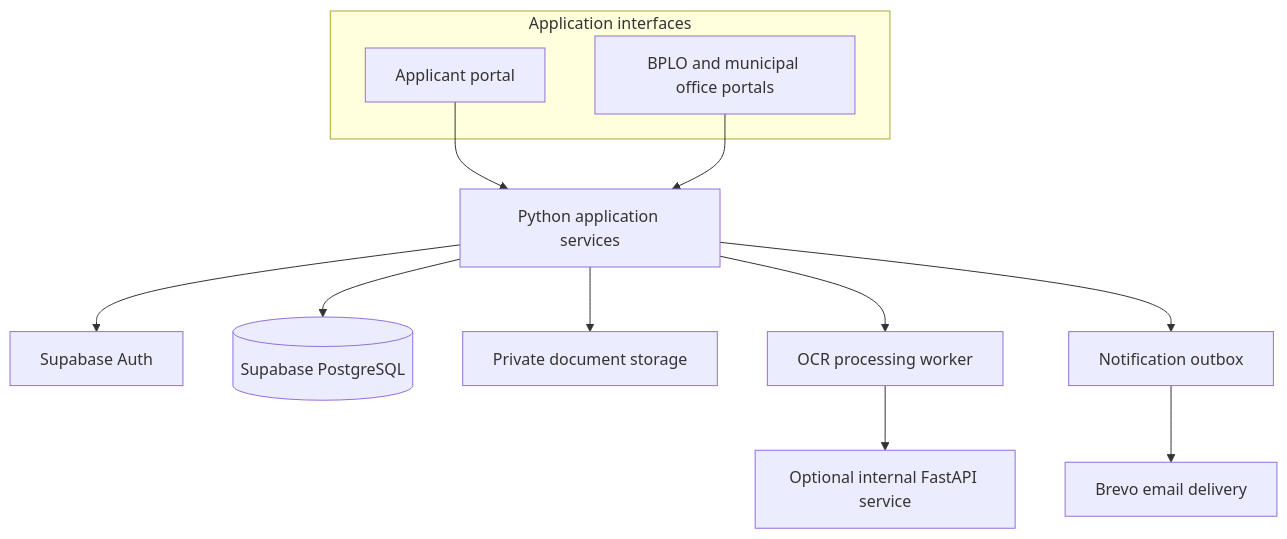
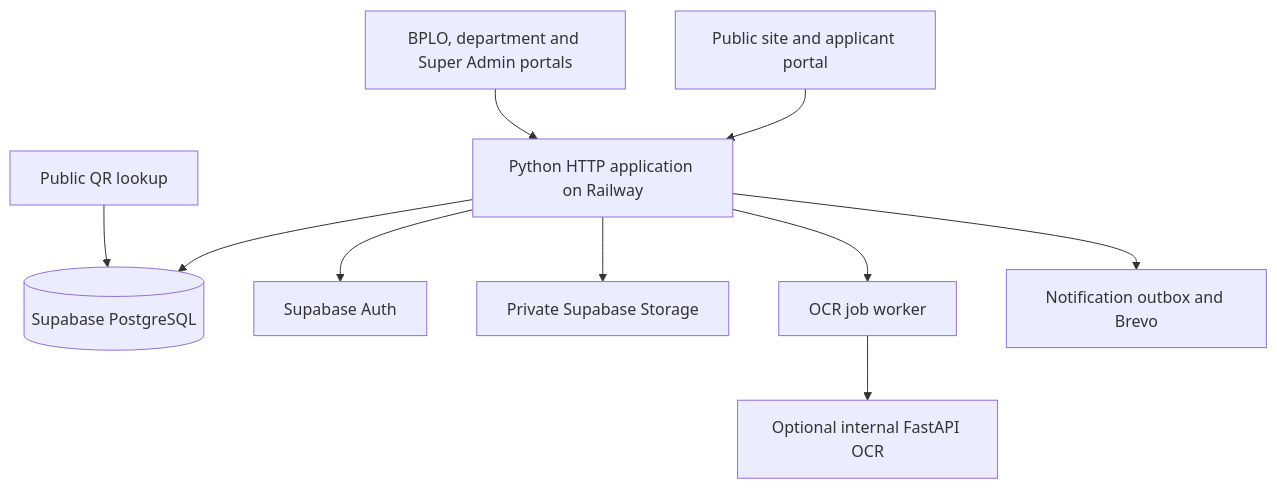
The diagram in README.md (Siex1/E-Tech), drawn with Mermaid before and after one commit. The commit also changed other lines of this file and 15 other files, not shown here.

````diff
--- a/README.md
+++ b/README.md
@@ -65,16 +43,12 @@
 ```mermaid
 flowchart TD
-    subgraph Interfaces["Application interfaces"]
-        Applicant["Applicant portal"]
-        Staff["BPLO and municipal office portals"]
-    end
-    Applicant --> Server["Python application services"]
-    Staff --> Server
-    Server --> Auth["Supabase Auth"]
-    Server --> Database[("Supabase PostgreSQL")]
-    Server --> Storage["Private document storage"]
-    Server --> OCR["OCR processing worker"]
-    OCR --> DocumentAI["Optional internal FastAPI service"]
-    Server --> Outbox["Notification outbox"]
-    Outbox --> Brevo["Brevo email delivery"]
+    P["Public site and applicant portal"] --> A["Python HTTP application on Railway"]
+    S["BPLO, department and Super Admin portals"] --> A
+    A --> D[("Supabase PostgreSQL")]
+    A --> I["Supabase Auth"]
+    A --> F["Private Supabase Storage"]
+    A --> W["OCR job worker"]
+    W --> O["Optional internal FastAPI OCR"]
+    A --> N["Notification outbox and Brevo"]
+    Q["Public QR lookup"] --> D
 ```
````
